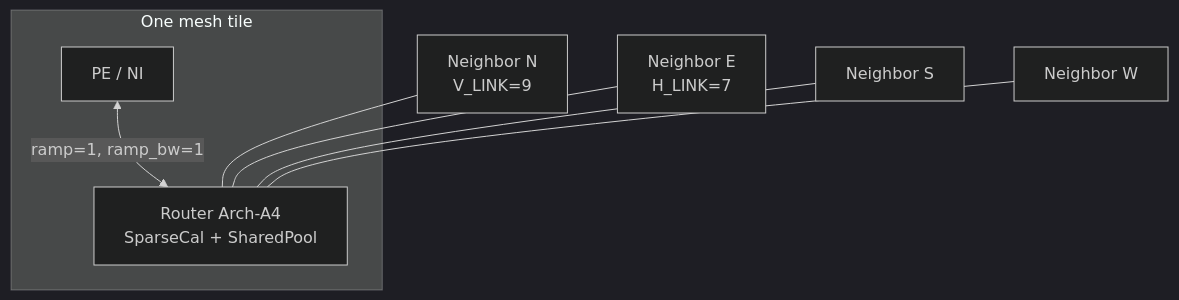
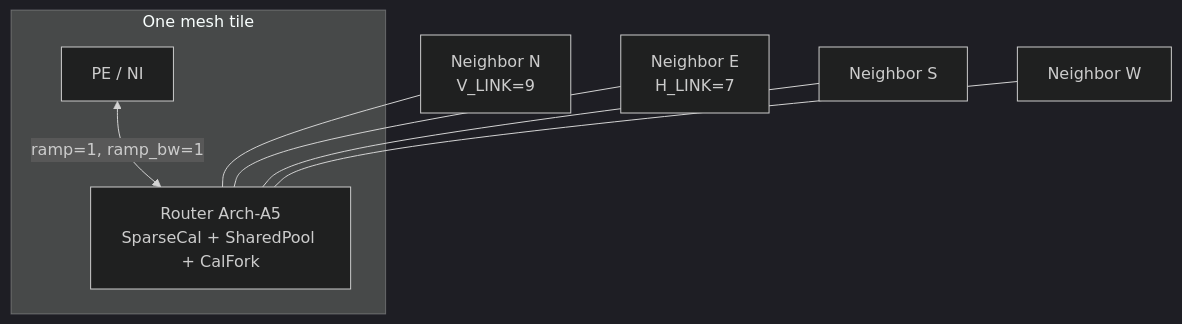
One commit to lukebest/booksim2 changed the first of 5 diagrams in docs/phase-3-uarch/uarch-diagram.md. Above: the diagram before and after it, drawn with Mermaid (dark theme). The commit also changed other lines of this file and 30 other files, not shown here.

First line of the commit message:
dse: Trial 5 Arch-A5 CalFork + lean SharedPool — area 0.746×

````diff
--- a/docs/phase-3-uarch/uarch-diagram.md
+++ b/docs/phase-3-uarch/uarch-diagram.md
@@ -14,12 +14,12 @@
 ```mermaid
 flowchart TB
   subgraph tile["One mesh tile"]
     PE["PE / NI"]
-    R["Router Arch-A4<br/>SparseCal + SharedPool"]
+    R["Router Arch-A5<br/>SparseCal + SharedPool + CalFork"]
     PE <-->|"ramp=1, ramp_bw=1"| R
   end
   RN["Neighbor N<br/>V_LINK=9"] --- R
   RE["Neighbor E<br/>H_LINK=7"] --- R
   RS["Neighbor S"] --- R
   RW["Neighbor W"] --- R
 ```
````
